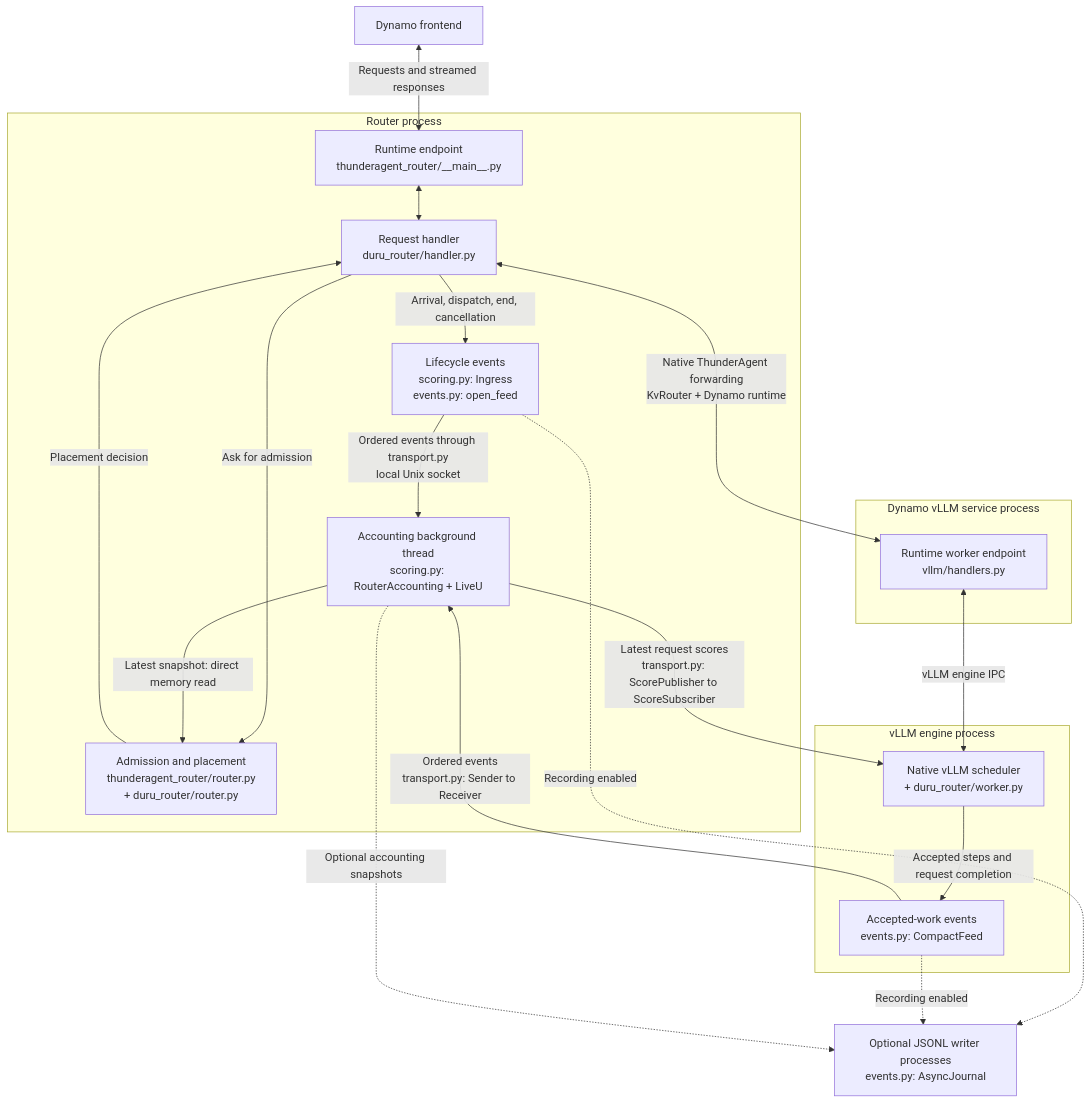
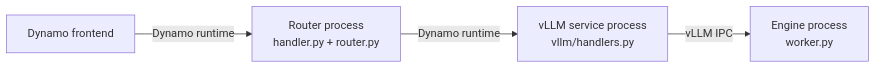
One commit to selectriclee/dynamo-duru changed the first of 2 diagrams in components/src/dynamo/duru_router/README.md. Above: the diagram before and after it, drawn with Mermaid. The commit also changed other lines of this file and 14 other files, not shown here.

First line of the commit message:
refactor(duru): keep router events local and return accounting errors

````diff
--- a/components/src/dynamo/duru_router/README.md
+++ b/components/src/dynamo/duru_router/README.md
@@ -117,40 +7,6 @@
 ```mermaid
-flowchart TD
-    F["Dynamo frontend"]
-
-    subgraph Router["Router process"]
-        R["Runtime endpoint<br/>thunderagent_router/__main__.py"]
-        H["Request handler<br/>duru_router/handler.py"]
-        P["Admission and placement<br/>thunderagent_router/router.py<br/>+ duru_router/router.py"]
-        I["Lifecycle events<br/>scoring.py: Ingress<br/>events.py: open_feed"]
-        A["Accounting background thread<br/>scoring.py: RouterAccounting + LiveU"]
-
-        R <--> H
-        H -->|"Ask for admission"| P
-        P -->|"Placement decision"| H
-        H -->|"Arrival, dispatch, end, cancellation"| I
-        I -->|"Ordered events through transport.py<br/>local Unix socket"| A
-        A -->|"Latest snapshot: direct memory read"| P
-    end
-
-    subgraph Backend["Dynamo vLLM service process"]
-        B["Runtime worker endpoint<br/>vllm/handlers.py"]
-    end
-
-    subgraph Engine["vLLM engine process"]
-        E["Native vLLM scheduler<br/>+ duru_router/worker.py"]
-        C["Accepted-work events<br/>events.py: CompactFeed"]
-        E -->|"Accepted steps and request completion"| C
-    end
-
-    F <-->|"Requests and streamed responses"| R
-    H <-->|"Native ThunderAgent forwarding<br/>KvRouter + Dynamo runtime"| B
-    B <-->|"vLLM engine IPC"| E
-    C -->|"Ordered events<br/>transport.py: Sender to Receiver"| A
-    A -->|"Latest request scores<br/>transport.py: ScorePublisher to ScoreSubscriber"| E
-
-    J["Optional JSONL writer processes<br/>events.py: AsyncJournal"]
-    I -.->|"Recording enabled"| J
-    C -.->|"Recording enabled"| J
-    A -.->|"Optional accounting snapshots"| J
+flowchart LR
+    F["Dynamo frontend"] -->|"Dynamo runtime"| R["Router process<br/>handler.py + router.py"]
+    R -->|"Dynamo runtime"| B["vLLM service process<br/>vllm/handlers.py"]
+    B -->|"vLLM IPC"| E["Engine process<br/>worker.py"]
 ```
````
